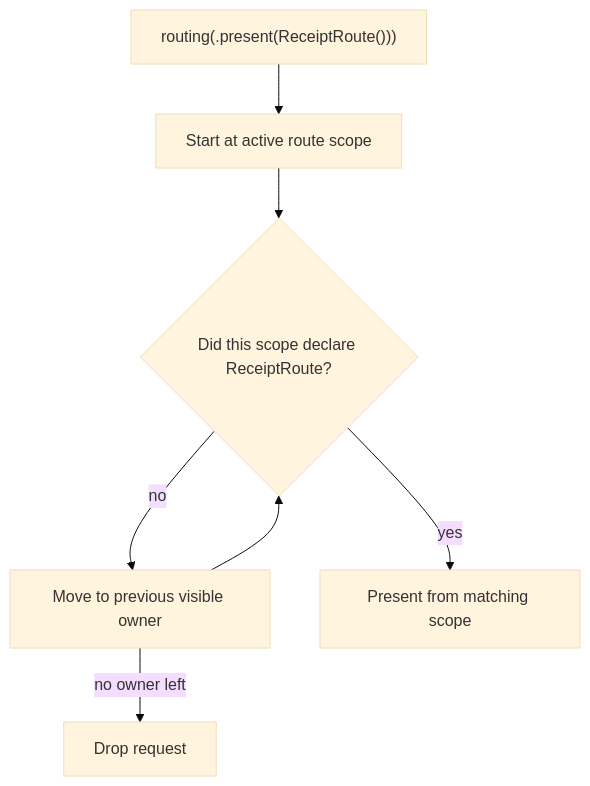
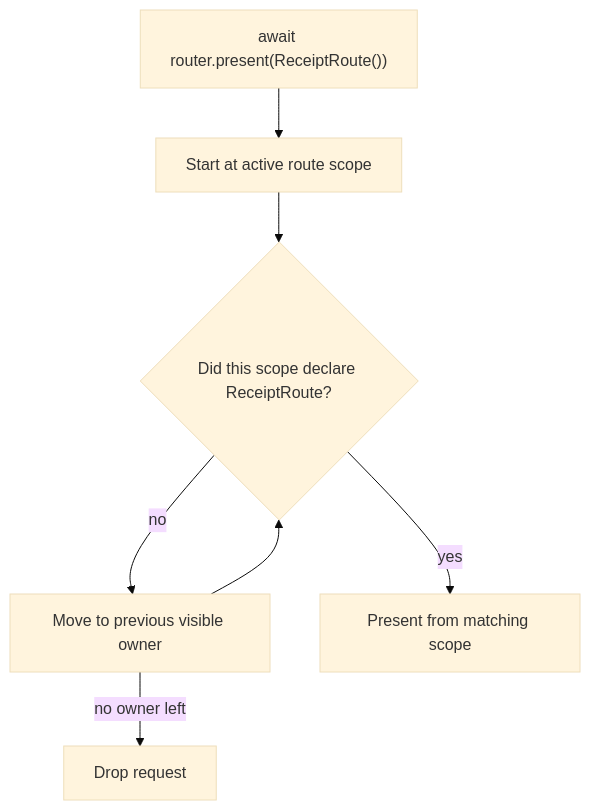
The first of 2 diagrams in README.md (mtzaquia/departure), drawn with Mermaid (base theme) before and after one commit. The commit also changed other lines of this file and 14 other files, not shown here.

````diff
--- a/README.md
+++ b/README.md
@@ -113,14 +115,14 @@
 ```mermaid
 flowchart TD
-    request["routing(.present(ReceiptRoute()))"]
+    request["await router.present(ReceiptRoute())"]
     active["Start at active route scope"]
     owns{"Did this scope declare ReceiptRoute?"}
     previous["Move to previous visible owner"]
     present["Present from matching scope"]
     drop["Drop request"]
 
     request --> active --> owns
     owns -- yes --> present
     owns -- no --> previous --> owns
     previous -- no owner left --> drop
 ```
````
